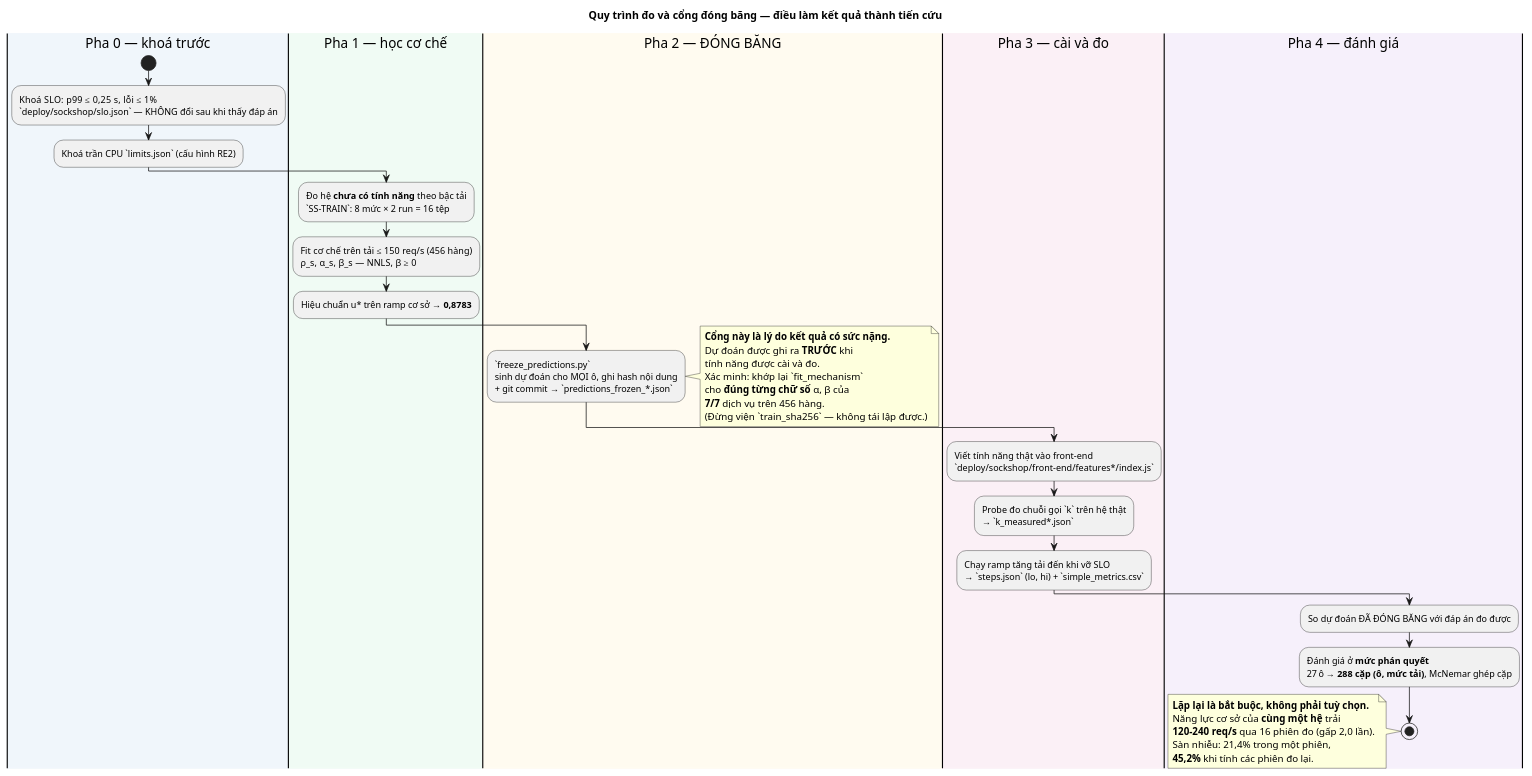
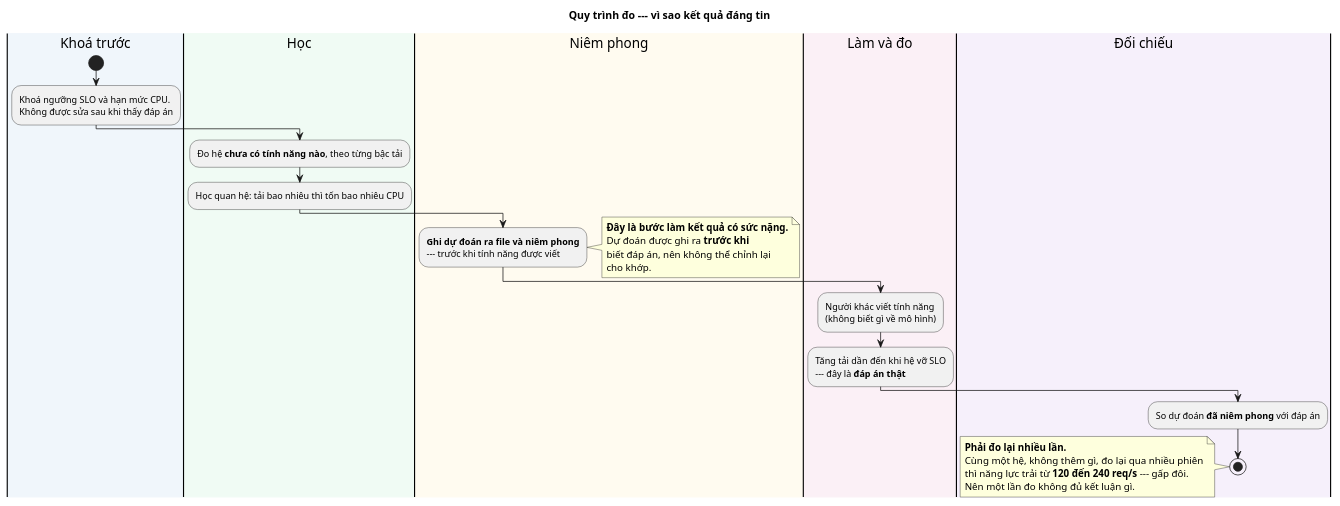
Before and after one commit to kkyaha/NCKH: the diagram in papers/p1_du_phong/docs/figures/puml/32_giao_thuc_dong_bang.puml, drawn with PlantUML. The commit also changed 20 other files, not shown here.

Commit message:
feat: add RQ3 LLM parser benchmark report, LaTeX tables, and PlantUML diagrams for p1_du_phong

```diff
--- a/papers/p1_du_phong/docs/figures/puml/32_giao_thuc_dong_bang.puml
+++ b/papers/p1_du_phong/docs/figures/puml/32_giao_thuc_dong_bang.puml
@@ -1,42 +1,34 @@
 @startuml
-' MOTA: Quy trình đo dữ liệu và cổng đóng băng — vì sao kết quả là tiến cứu, không phải hậu nghiệm
+' MOTA: Khối 3 — giao thức niêm phong: vì sao kết quả là tiến cứu chứ không phải hồi cứu
 skinparam defaultFontName Helvetica
 skinparam shadowing false
-title Quy trình đo và **cổng đóng băng** — điều làm kết quả thành tiến cứu
+title Quy trình đo --- vì sao kết quả **đáng tin**
 
-|#F0F6FB|Pha 0 — khoá trước|
+|#F0F6FB|Khoá trước|
 start
-:Khoá SLO: p99 ≤ 0,25 s, lỗi ≤ 1%\n`deploy/sockshop/slo.json` — KHÔNG đổi sau khi thấy đáp án;
-:Khoá trần CPU `limits.json` (cấu hình RE2);
-|#F0FBF4|Pha 1 — học cơ chế|
-:Đo hệ **chưa có tính năng** theo bậc tải\n`SS-TRAIN`: 8 mức × 2 run = 16 tệp;
-:Fit cơ chế trên tải ≤ 150 req/s (456 hàng)\nρ_s, α_s, β_s — NNLS, β ≥ 0;
-:Hiệu chuẩn u* trên ramp cơ sở → **0,8783**;
-|#FFFBF0|Pha 2 — ĐÓNG BĂNG|
-:`freeze_predictions.py`\nsinh dự đoán cho MỌI ô, ghi hash nội dung\n+ git commit → `predictions_frozen_*.json`;
+:Khoá ngưỡng SLO và hạn mức CPU.\nKhông được sửa sau khi thấy đáp án;
+|#F0FBF4|Học|
+:Đo hệ **chưa có tính năng nào**, theo từng bậc tải;
+:Học quan hệ: tải bao nhiêu thì tốn bao nhiêu CPU;
+|#FFFBF0|Niêm phong|
+:**Ghi dự đoán ra file và niêm phong**\n--- trước khi tính năng được viết;
 note right
-  **Cổng này là lý do kết quả có sức nặng.**
-  Dự đoán được ghi ra **TRƯỚC** khi
-  tính năng được cài và đo.
-  Xác minh: khớp lại `fit_mechanism`
-  cho **đúng từng chữ số** α, β của
-  **7/7** dịch vụ trên 456 hàng.
-  (Đừng viện `train_sha256` — không tái lập được.)
+  **Đây là bước làm kết quả có sức nặng.**
+  Dự đoán được ghi ra **trước khi**
+  biết đáp án, nên không thể chỉnh lại
+  cho khớp.
 end note
-|#FBF0F6|Pha 3 — cài và đo|
-:Viết tính năng thật vào front-end\n`deploy/sockshop/front-end/features*/index.js`;
-:Probe đo chuỗi gọi `k` trên hệ thật\n→ `k_measured*.json`;
-:Chạy ramp tăng tải đến khi vỡ SLO\n→ `steps.json` (lo, hi) + `simple_metrics.csv`;
-|#F6F0FB|Pha 4 — đánh giá|
-:So dự đoán ĐÃ ĐÓNG BĂNG với đáp án đo được;
-:Đánh giá ở **mức phán quyết**\n27 ô → **288 cặp (ô, mức tải)**, McNemar ghép cặp;
+|#FBF0F6|Làm và đo|
+:Người khác viết tính năng\n(không biết gì về mô hình);
+:Tăng tải dần đến khi hệ vỡ SLO\n--- đây là **đáp án thật**;
+|#F6F0FB|Đối chiếu|
+:So dự đoán **đã niêm phong** với đáp án;
 stop
 
 note left
-  **Lặp lại là bắt buộc, không phải tuỳ chọn.**
-  Năng lực cơ sở của **cùng một hệ** trải
-  **120–240 req/s** qua 16 phiên đo (gấp 2,0 lần).
-  Sàn nhiễu: 21,4% trong một phiên,
-  **45,2%** khi tính các phiên đo lại.
+  **Phải đo lại nhiều lần.**
+  Cùng một hệ, không thêm gì, đo lại qua nhiều phiên
+  thì năng lực trải từ **120 đến 240 req/s** --- gấp đôi.
+  Nên một lần đo không đủ kết luận gì.
 end note
 @enduml
```
